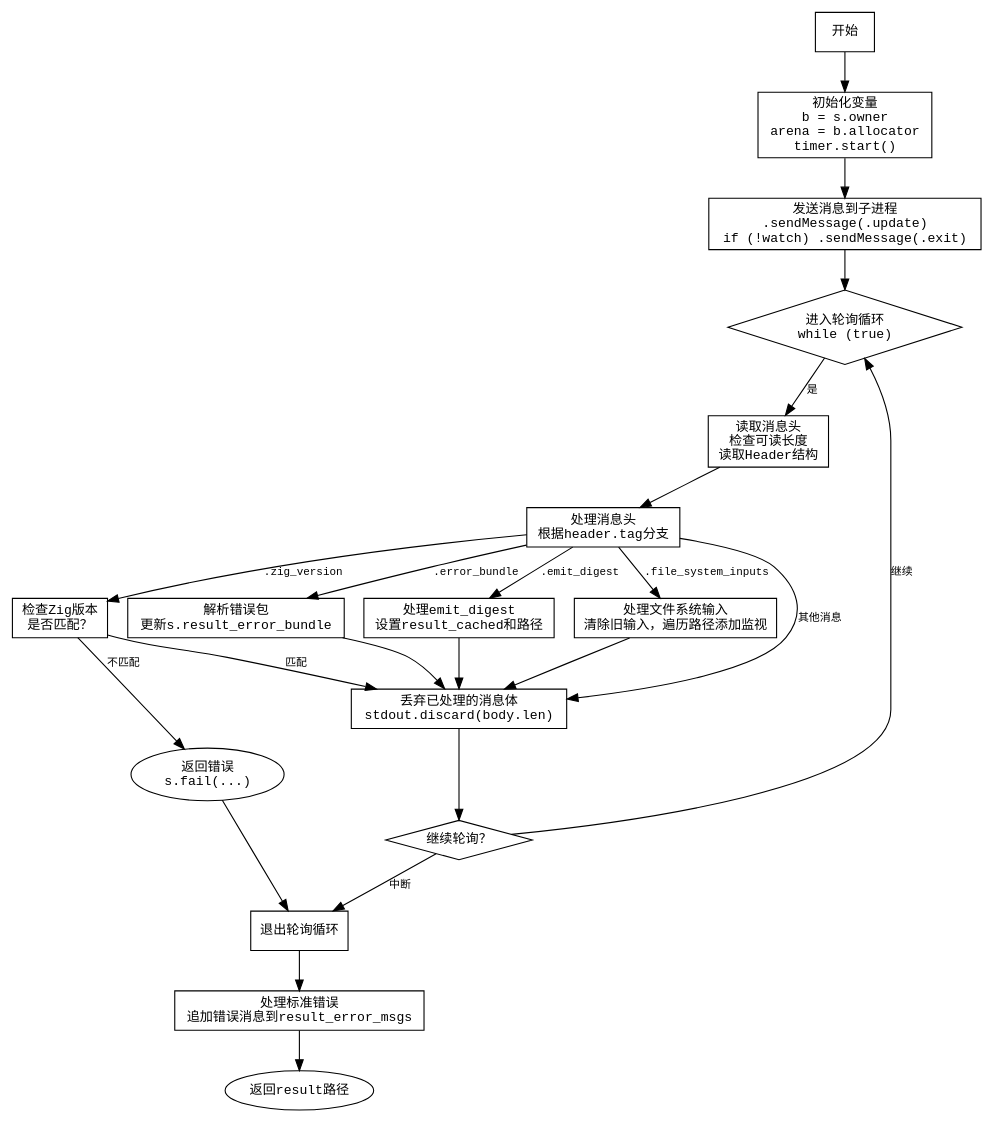
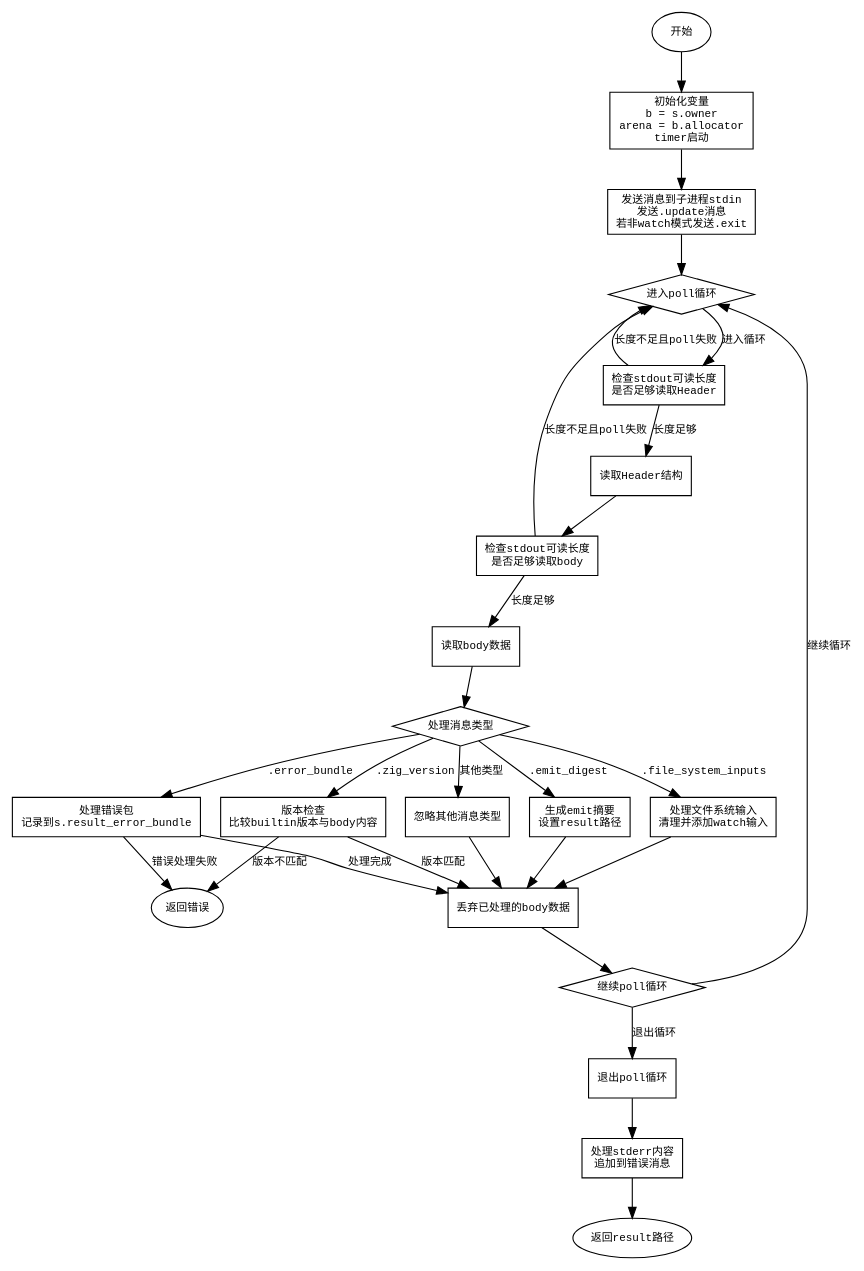
Before and after one commit to sdzx-1/deepseek-zig-reader: the diagram in dot_std/Build/Step.zig.zigProcessUpdate.md, drawn with Graphviz. The commit also changed other lines of this file and 236 other files, not shown here.

````diff
--- a/dot_std/Build/Step.zig.zigProcessUpdate.md
+++ b/dot_std/Build/Step.zig.zigProcessUpdate.md
@@ -40,47 +21,62 @@
-```dot
-digraph flowchart {
-    node [shape=rectangle fontname="Courier" fontsize=12];
-    edge [fontname="Courier" fontsize=10];
+```graphviz
+digraph zigProcessUpdate {
+    node [shape=rectangle, fontname="Courier", fontsize=10];
+    edge [fontname="Courier", fontsize=10];
 
-    start [label="开始"];
-    init [label="初始化变量\nb = s.owner\narena = b.allocator\ntimer.start()"];
-    send_msg [label="发送消息到子进程\n.sendMessage(.update)\nif (!watch) .sendMessage(.exit)"];
-    poll_loop [label="进入轮询循环\nwhile (true)" shape=diamond];
-    read_header [label="读取消息头\n检查可读长度\n读取Header结构"];
-    process_header [label="处理消息头\n根据header.tag分支"];
-    handle_zig_version [label="检查Zig版本\n是否匹配？"];
-    version_mismatch [label="返回错误\ns.fail(...)" shape=ellipse];
-    handle_error_bundle [label="解析错误包\n更新s.result_error_bundle"];
-    handle_emit_digest [label="处理emit_digest\n设置result_cached和路径"];
-    handle_fs_inputs [label="处理文件系统输入\n清除旧输入，遍历路径添加监视"];
-    discard_body [label="丢弃已处理的消息体\nstdout.discard(body.len)"];
-    check_poll [label="继续轮询？" shape=diamond];
-    end_poll [label="退出轮询循环"];
-    process_stderr [label="处理标准错误\n追加错误消息到result_error_msgs"];
-    return_result [label="返回result路径" shape=ellipse];
+    start [label="开始", shape=ellipse];
+    init_vars [label="初始化变量\nb = s.owner\narena = b.allocator\ntimer启动"];
+    send_messages [label="发送消息到子进程stdin\n发送.update消息\n若非watch模式发送.exit"];
+    poll_loop [label="进入poll循环", shape=diamond];
+    check_header [label="检查stdout可读长度\n是否足够读取Header"];
+    read_header [label="读取Header结构"];
+    check_body [label="检查stdout可读长度\n是否足够读取body"];
+    read_body [label="读取body数据"];
+    process_message [label="处理消息类型", shape=diamond];
+    zig_version [label="版本检查\n比较builtin版本与body内容"];
+    error_bundle [label="处理错误包\n记录到s.result_error_bundle"];
+    emit_digest [label="生成emit摘要\n设置result路径"];
+    file_system_inputs [label="处理文件系统输入\n清理并添加watch输入"];
+    other_message [label="忽略其他消息类型"];
+    discard_body [label="丢弃已处理的body数据"];
+    poll_continue [label="继续poll循环", shape=diamond];
+    end_loop [label="退出poll循环"];
+    handle_stderr [label="处理stderr内容\n追加到错误消息"];
+    return_result [label="返回result路径", shape=ellipse];
+    error_exit [label="返回错误", shape=ellipse];
 
-    start -> init -> send_msg -> poll_loop;
-    poll_loop -> read_header [label="是"];
-    read_header -> process_header;
-    process_header -> handle_zig_version [label=".zig_version"];
-    process_header -> handle_error_bundle [label=".error_bundle"];
-    process_header -> handle_emit_digest [label=".emit_digest"];
-    process_header -> handle_fs_inputs [label=".file_system_inputs"];
-    process_header -> discard_body [label="其他消息"];
-    
-    handle_zig_version -> version_mismatch [label="不匹配"];
-    handle_zig_version -> discard_body [label="匹配"];
-    version_mismatch -> end_poll;
-    
-    handle_error_bundle -> discard_body;
-    handle_emit_digest -> discard_body;
-    handle_fs_inputs -> discard_body;
-    
-    discard_body -> check_poll;
-    check_poll -> poll_loop [label="继续"];
-    check_poll -> end_poll [label="中断"];
-    
-    end_poll -> process_stderr;
-    process_stderr -> return_result;
+    start -> init_vars;
+    init_vars -> send_messages;
+    send_messages -> poll_loop;
+
+    poll_loop -> check_header [label="进入循环"];
+    check_header -> poll_loop [label="长度不足且poll失败"];
+    check_header -> read_header [label="长度足够"];
+    read_header -> check_body;
+    check_body -> poll_loop [label="长度不足且poll失败"];
+    check_body -> read_body [label="长度足够"];
+    read_body -> process_message;
+
+    process_message -> zig_version [label=".zig_version"];
+    process_message -> error_bundle [label=".error_bundle"];
+    process_message -> emit_digest [label=".emit_digest"];
+    process_message -> file_system_inputs [label=".file_system_inputs"];
+    process_message -> other_message [label="其他类型"];
+
+    zig_version -> error_exit [label="版本不匹配"];
+    zig_version -> discard_body [label="版本匹配"];
+
+    error_bundle -> discard_body [label="处理完成"];
+    error_bundle -> error_exit [label="错误处理失败"];
+
+    emit_digest -> discard_body;
+    file_system_inputs -> discard_body;
+    other_message -> discard_body;
+
+    discard_body -> poll_continue;
+    poll_continue -> poll_loop [label="继续循环"];
+    poll_continue -> end_loop [label="退出循环"];
+
+    end_loop -> handle_stderr;
+    handle_stderr -> return_result;
 }
 ```
````
